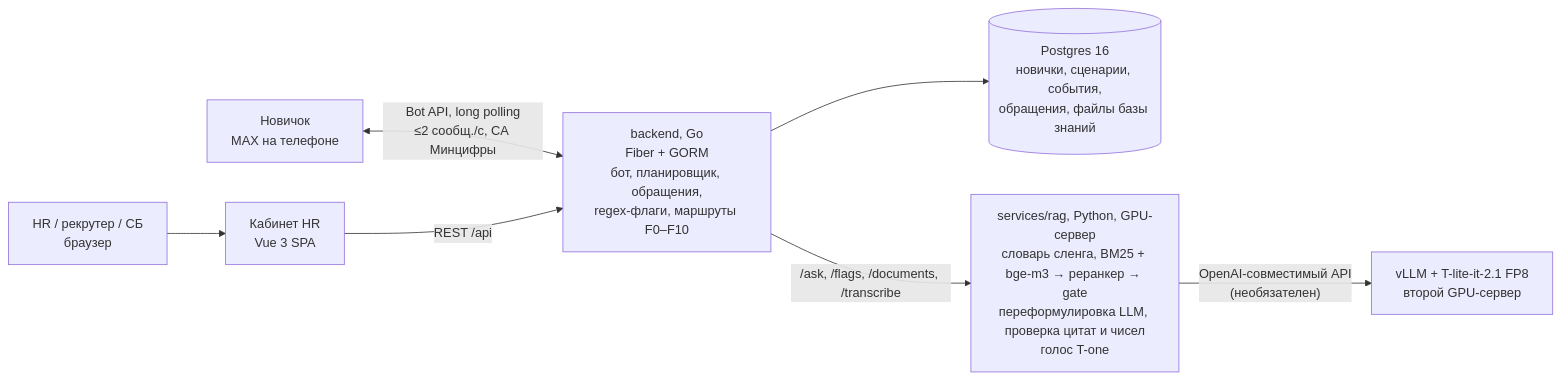
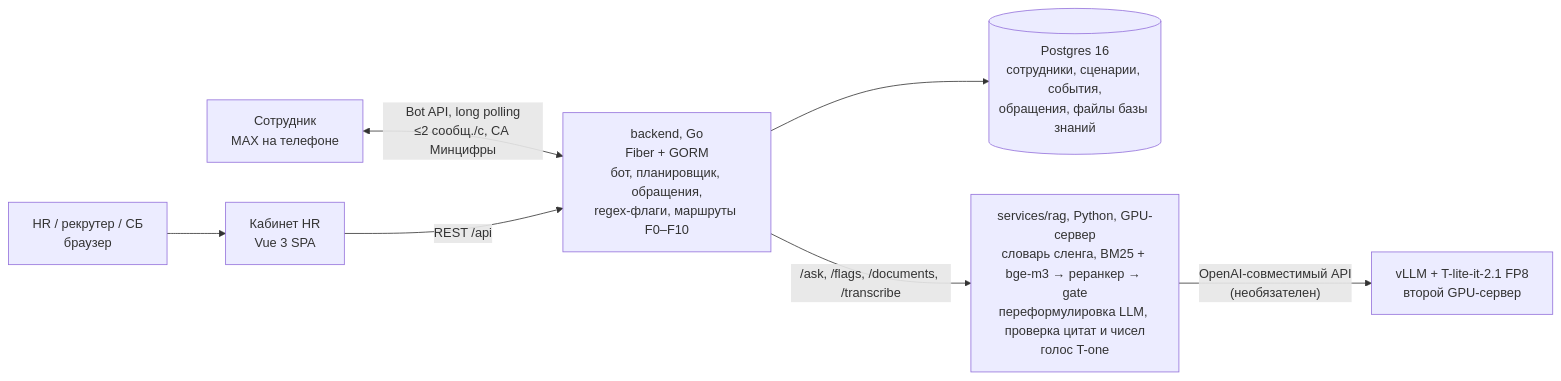
The diagram in README.md (kunak-agency/polyplastic-bot), drawn with Mermaid before and after one commit. The commit also changed other lines of this file and 99 other files, not shown here.

````diff
--- a/README.md
+++ b/README.md
@@ -228,9 +228,9 @@
 ```mermaid
 flowchart LR
-    NC["Новичок<br/>MAX на телефоне"] <-->|"Bot API, long polling<br/>≤2 сообщ./с, CA Минцифры"| BE
+    NC["Сотрудник<br/>MAX на телефоне"] <-->|"Bot API, long polling<br/>≤2 сообщ./с, CA Минцифры"| BE
     HR["HR / рекрутер / СБ<br/>браузер"] --> FE["Кабинет HR<br/>Vue 3 SPA"]
     FE -->|"REST /api"| BE["backend, Go<br/>Fiber + GORM<br/>бот, планировщик, обращения,<br/>regex-флаги, маршруты F0–F10"]
-    BE --> PG[("Postgres 16<br/>новички, сценарии, события,<br/>обращения, файлы базы знаний")]
+    BE --> PG[("Postgres 16<br/>сотрудники, сценарии, события,<br/>обращения, файлы базы знаний")]
     BE -->|"/ask, /flags, /documents, /transcribe"| RAG["services/rag, Python, GPU-сервер<br/>словарь сленга, BM25 + bge-m3 → реранкер → gate<br/>переформулировка LLM, проверка цитат и чисел<br/>голос T-one"]
     RAG -->|"OpenAI-совместимый API<br/>(необязателен)"| LLM["vLLM + T-lite-it-2.1 FP8<br/>второй GPU-сервер"]
 ```
````
